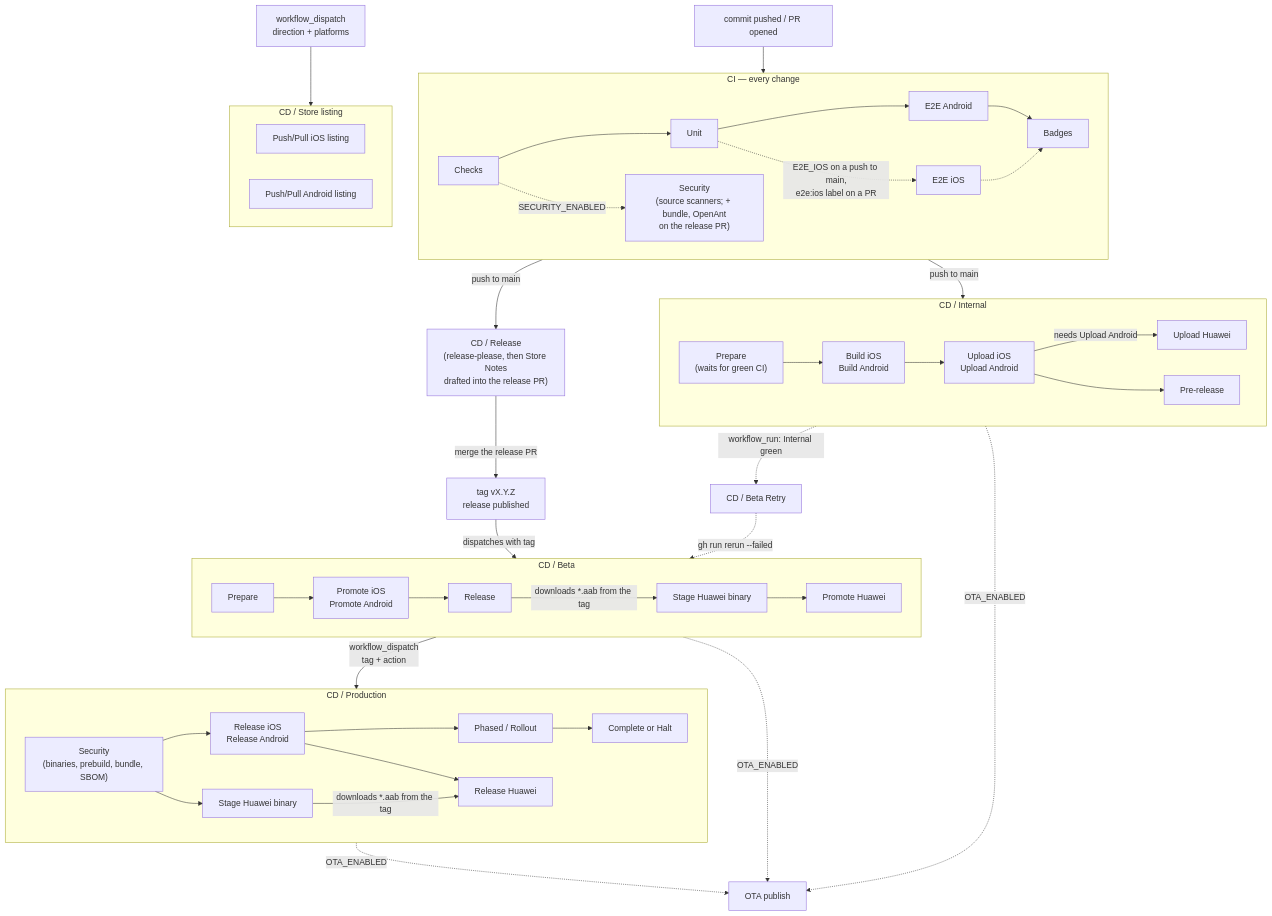
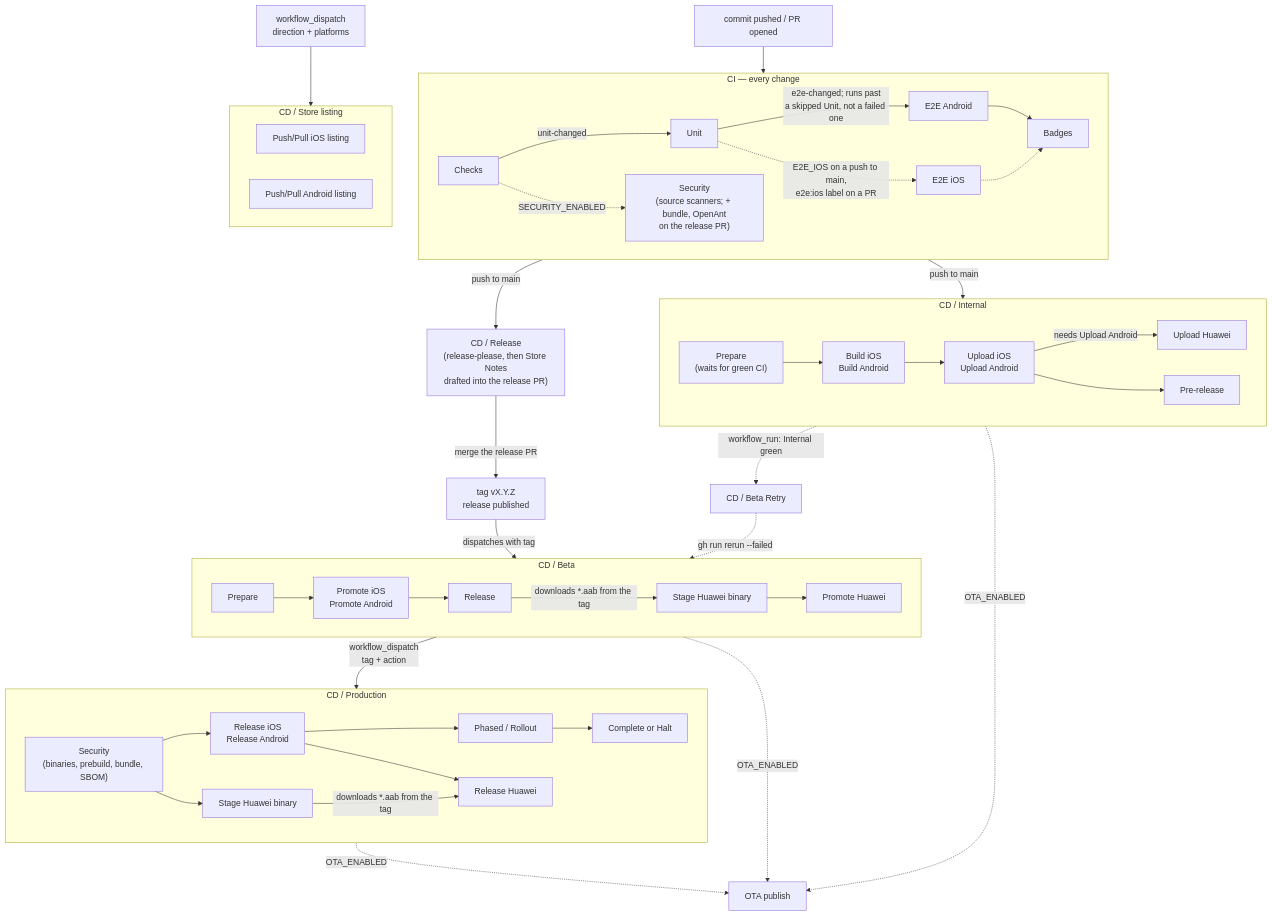
One commit to blinkbitcoin/react-native-mobile-template changed the diagram in docs/ci.md. Above: the diagram before and after it, drawn with Mermaid. The commit also changed other lines of this file and 11 other files, not shown here.

````diff
--- a/docs/ci.md
+++ b/docs/ci.md
@@ -23,57 +23,57 @@
 ```mermaid
 flowchart TD
   commit["commit pushed / PR opened"] --> CI
 
   subgraph CI["CI — every change"]
     direction LR
-    checks["Checks"] --> unit["Unit"] --> e2e["E2E Android"] --> badges["Badges"]
+    checks["Checks"] -->|"unit-changed"| unit["Unit"] -->|"e2e-changed; runs past<br/>a skipped Unit, not a failed one"| e2e["E2E Android"] --> badges["Badges"]
     unit -.->|"E2E_IOS on a push to main,<br/>e2e:ios label on a PR"| e2eios["E2E iOS"] -.-> badges
     checks -.->|"SECURITY_ENABLED"| sec["Security<br/>(source scanners; + bundle, OpenAnt<br/>on the release PR)"]
   end
 
   CI -->|"push to main"| rp["CD / Release<br/>(release-please, then Store Notes<br/>drafted into the release PR)"]
   CI -->|"push to main"| internal
 
   subgraph internal["CD / Internal"]
     direction LR
     prep["Prepare<br/>(waits for green CI)"] --> builds["Build iOS<br/>Build Android"]
     builds --> up["Upload iOS<br/>Upload Android"]
     up -->|"needs Upload Android"| uphuawei["Upload Huawei"]
     up --> pre["Pre-release"]
   end
 
   rp -->|"merge the release PR"| tag["tag vX.Y.Z<br/>release published"]
   tag -->|"dispatches with tag"| beta
 
   subgraph beta["CD / Beta"]
     direction LR
     bprep["Prepare"] --> promote["Promote iOS<br/>Promote Android"] --> brel["Release"]
     brel -->|"downloads *.aab from the tag"| bbin["Stage Huawei binary"]
     bbin --> bhuawei["Promote Huawei"]
   end
 
   internal -.->|"workflow_run: Internal green"| retry["CD / Beta Retry"]
   retry -.->|"gh run rerun --failed"| beta
 
   beta -->|"workflow_dispatch<br/>tag + action"| prod
 
   subgraph prod["CD / Production"]
     direction LR
     psec["Security<br/>(binaries, prebuild, bundle, SBOM)"] --> rel["Release iOS<br/>Release Android"] --> roll["Phased / Rollout"] --> done["Complete or Halt"]
     psec --> pbin["Stage Huawei binary"]
     pbin -->|"downloads *.aab from the tag"| phuawei["Release Huawei"]
     rel --> phuawei
   end
 
   listing["workflow_dispatch<br/>direction + platforms"] --> sm
 
   subgraph sm["CD / Store listing"]
     direction LR
     smios["Push/Pull iOS listing"]
     smandroid["Push/Pull Android listing"]
   end
 
   pre -.->|"OTA_ENABLED"| ota["OTA publish"]
   brel -.->|"OTA_ENABLED"| ota
   prod -.->|"OTA_ENABLED"| ota
 ```
````
